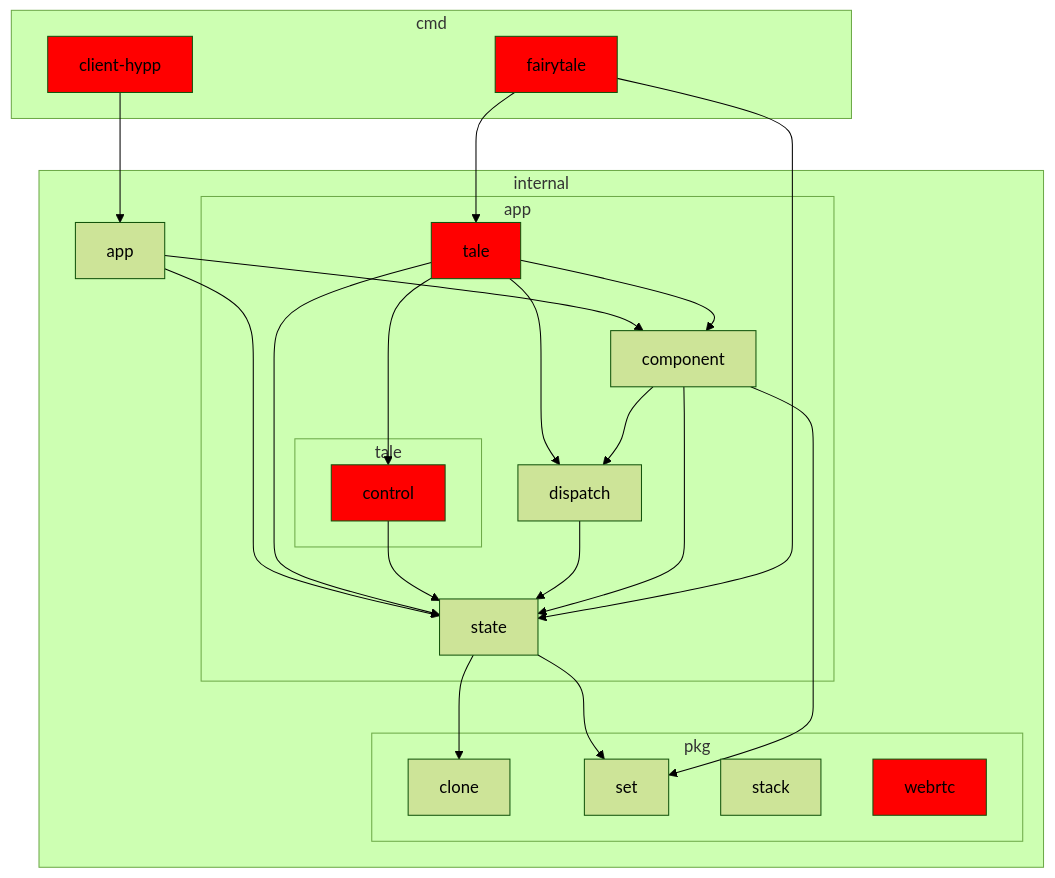
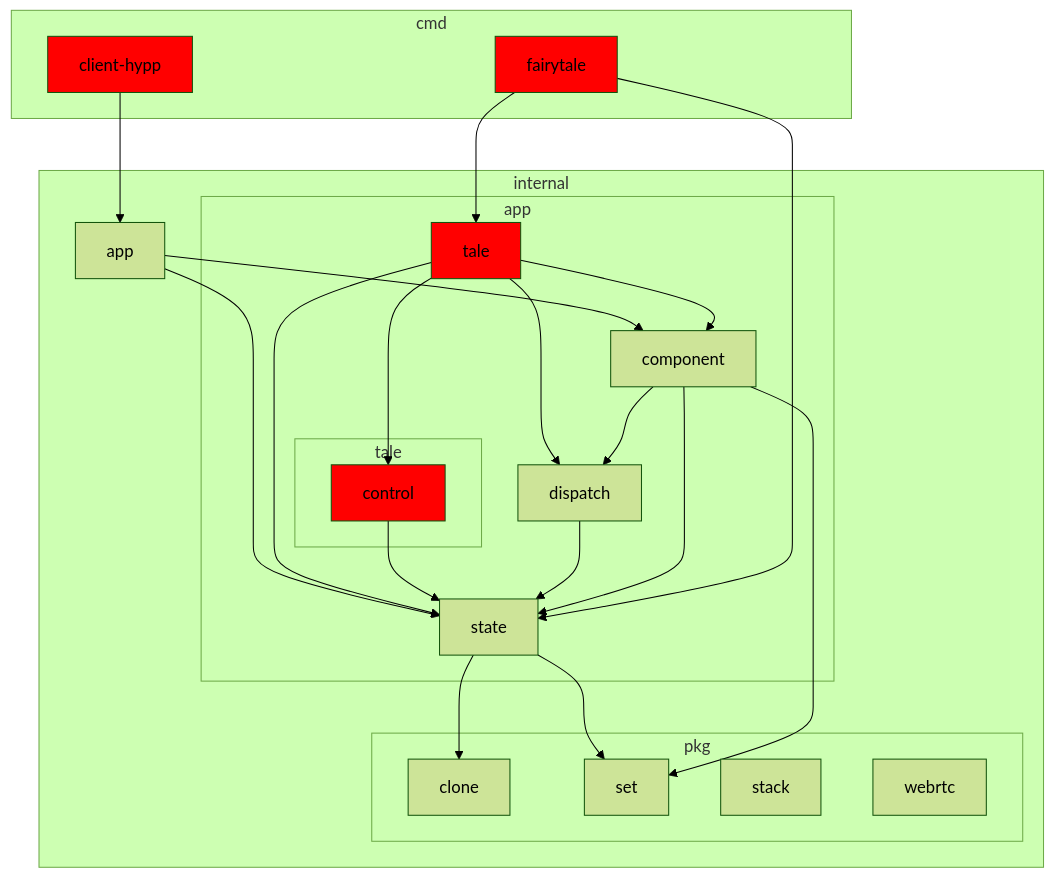
Before and after one commit to macabot/senet: the diagram in README.md, drawn with Mermaid (forest theme). The commit also changed other lines of this file and 1 other file, not shown here.

Commit message:
webrtc no longer depends on syscall/js

````diff
--- a/README.md
+++ b/README.md
@@ -56,57 +56,57 @@
 ```mermaid
 flowchart TD
 
 subgraph cmd
     client-hypp
     fairytale
 end
 
 subgraph internal
     app
 
     subgraph app-group["app"]
         component
         dispatch
         state
         tale
 
         subgraph tale-group["tale"]
             control
         end
     end
 
     subgraph pkg
         clone
         set
         stack
         webrtc
     end
 end
 
 client-hypp --> app
 
 fairytale --> state
 fairytale --> tale
 
 component --> state
 component --> set
 component --> dispatch
 
 dispatch --> state
 
 state --> clone
 state --> set
 
 control --> state
 
 tale --> component
 tale --> state
 tale --> control
 tale --> dispatch
 
 app --> component
 app --> state
 
 classDef syscallJS fill:#f00;
-class client-hypp,fairytale,tale,control,webrtc syscallJS;
+class client-hypp,fairytale,tale,control syscallJS;
 ```
````
